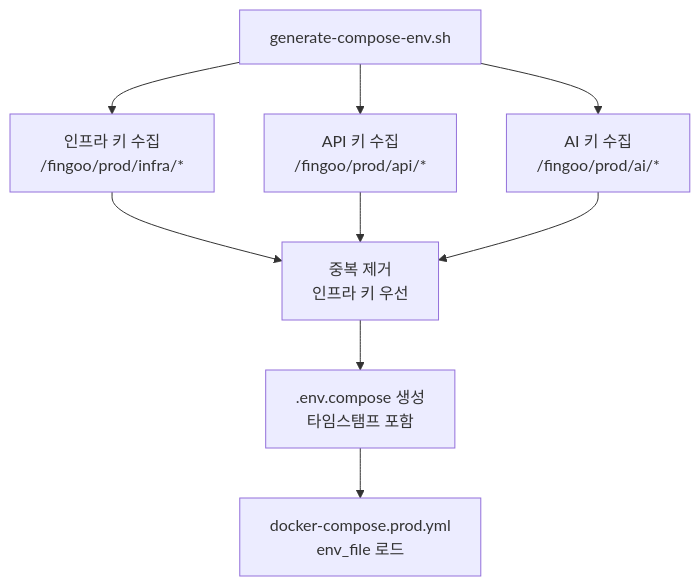
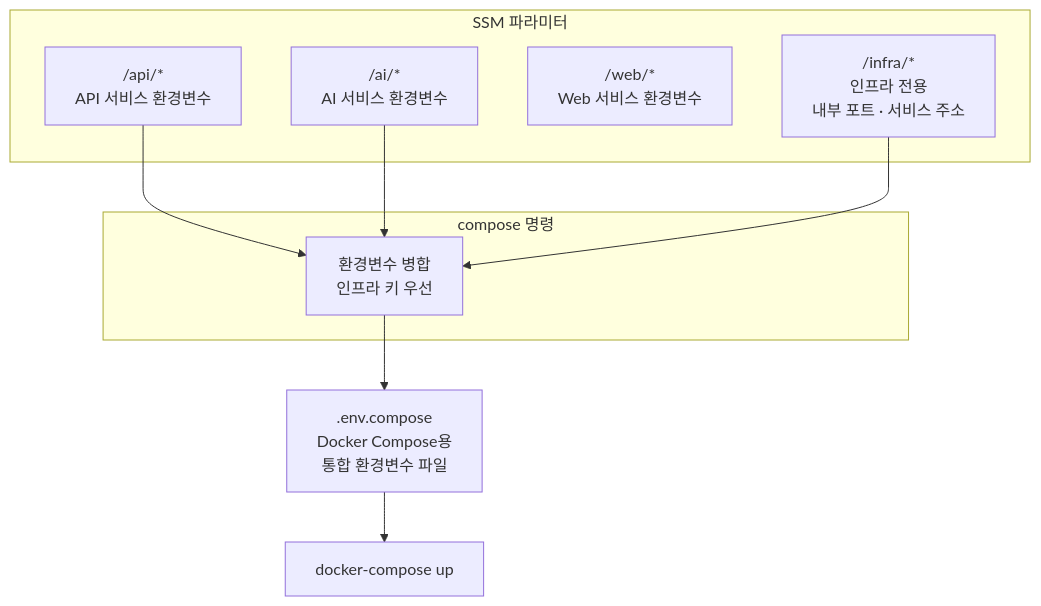
The first of 2 diagrams in data/content/notes/fingoo-ssm-deploy.md (genie49/genie-cv), drawn with Mermaid before and after one commit. The commit also changed other lines of this file and 9 other files, not shown here.

First line of the commit message:
content: polish all fingoo notes — merge, rewrite, restructure

````diff
--- a/data/content/notes/fingoo-ssm-deploy.md
+++ b/data/content/notes/fingoo-ssm-deploy.md
@@ -72,13 +33,20 @@
 ```mermaid
 flowchart TB
-    Script[generate-compose-env.sh] --> Infra[인프라 키 수집<br/>/fingoo/prod/infra/*]
-    Script --> API[API 키 수집<br/>/fingoo/prod/api/*]
-    Script --> AI[AI 키 수집<br/>/fingoo/prod/ai/*]
+    subgraph "SSM 파라미터"
+        API["/api/*<br/>API 서비스 환경변수"]
+        AI["/ai/*<br/>AI 서비스 환경변수"]
+        WEB["/web/*<br/>Web 서비스 환경변수"]
+        INFRA["/infra/*<br/>인프라 전용<br/>내부 포트 · 서비스 주소"]
+    end
 
-    Infra --> Dedup[중복 제거<br/>인프라 키 우선]
-    API --> Dedup
-    AI --> Dedup
+    subgraph "compose 명령"
+        MERGE[환경변수 병합<br/>인프라 키 우선]
+    end
 
-    Dedup --> EnvFile[.env.compose 생성<br/>타임스탬프 포함]
-    EnvFile --> Compose[docker-compose.prod.yml<br/>env_file 로드]
+    API --> MERGE
+    AI --> MERGE
+    INFRA --> MERGE
+
+    MERGE --> ENV[".env.compose<br/>Docker Compose용<br/>통합 환경변수 파일"]
+    ENV --> DC["docker-compose up"]
 ```
````
